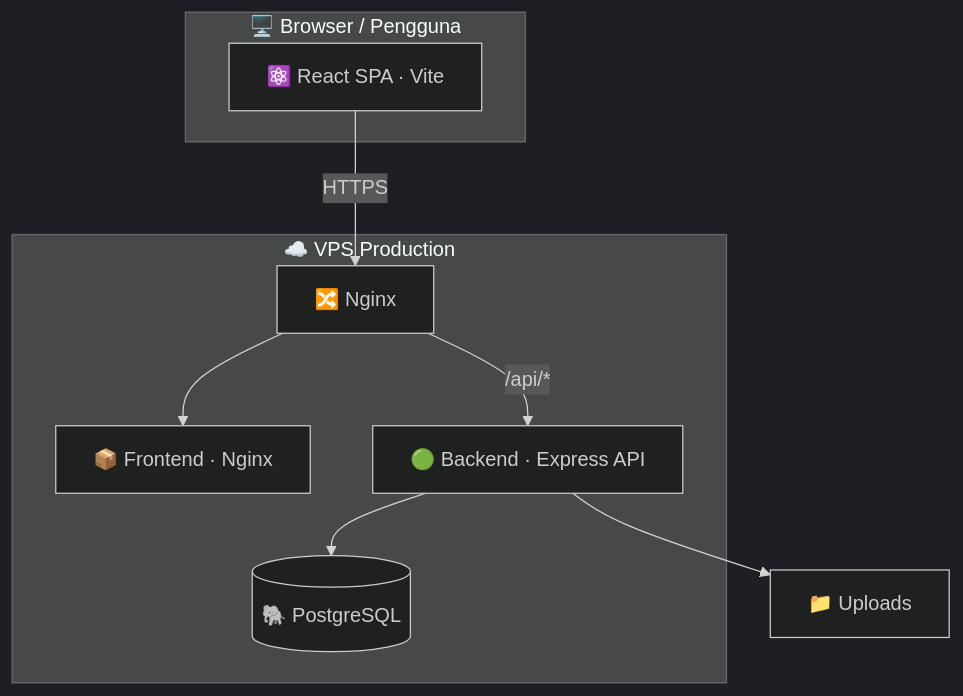
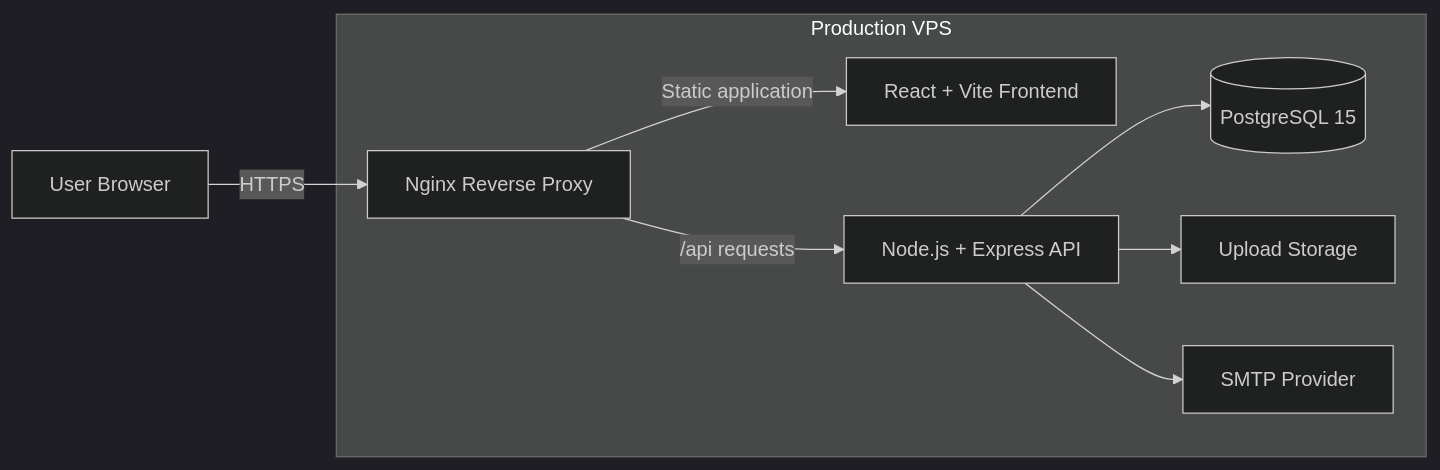
One commit to Hann000/Komunitas-Talenta-Mahasiswa-Indonesia changed the diagram in README.md. Above: the diagram before and after it, drawn with Mermaid (dark theme). The commit also changed other lines of this file, not shown here.

````diff
--- a/README.md
+++ b/README.md
@@ -116,19 +154,12 @@
 ```mermaid
-flowchart TB
-    subgraph Client["🖥️ Browser / Pengguna"]
-        UI["⚛️ React SPA · Vite"]
+flowchart LR
+    U[User Browser] -->|HTTPS| N[Nginx Reverse Proxy]
+
+    subgraph VPS[Production VPS]
+        N -->|Static application| F[React + Vite Frontend]
+        N -->|/api requests| B[Node.js + Express API]
+        B --> P[(PostgreSQL 15)]
+        B --> S[Upload Storage]
+        B --> M[SMTP Provider]
     end
-
-    subgraph Server["☁️ VPS Production"]
-        NGX["🔀 Nginx"]
-        FE["📦 Frontend · Nginx"]
-        BE["🟢 Backend · Express API"]
-        DB[("🐘 PostgreSQL")]
-    end
-
-    UI -->|HTTPS| NGX
-    NGX --> FE
-    NGX -->|/api/*| BE
-    BE --> DB
-    BE --> UP["📁 Uploads"]
 ```
````
